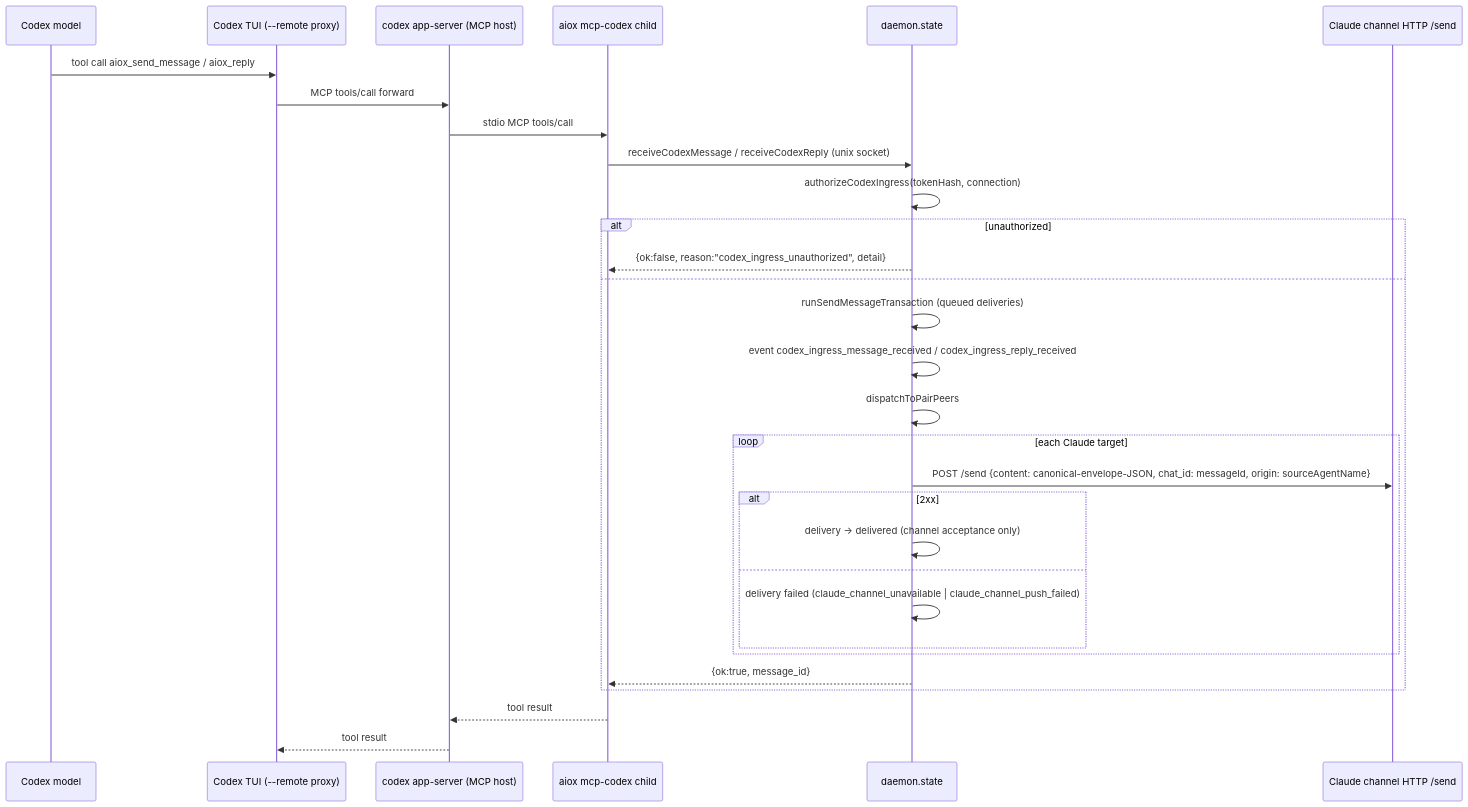
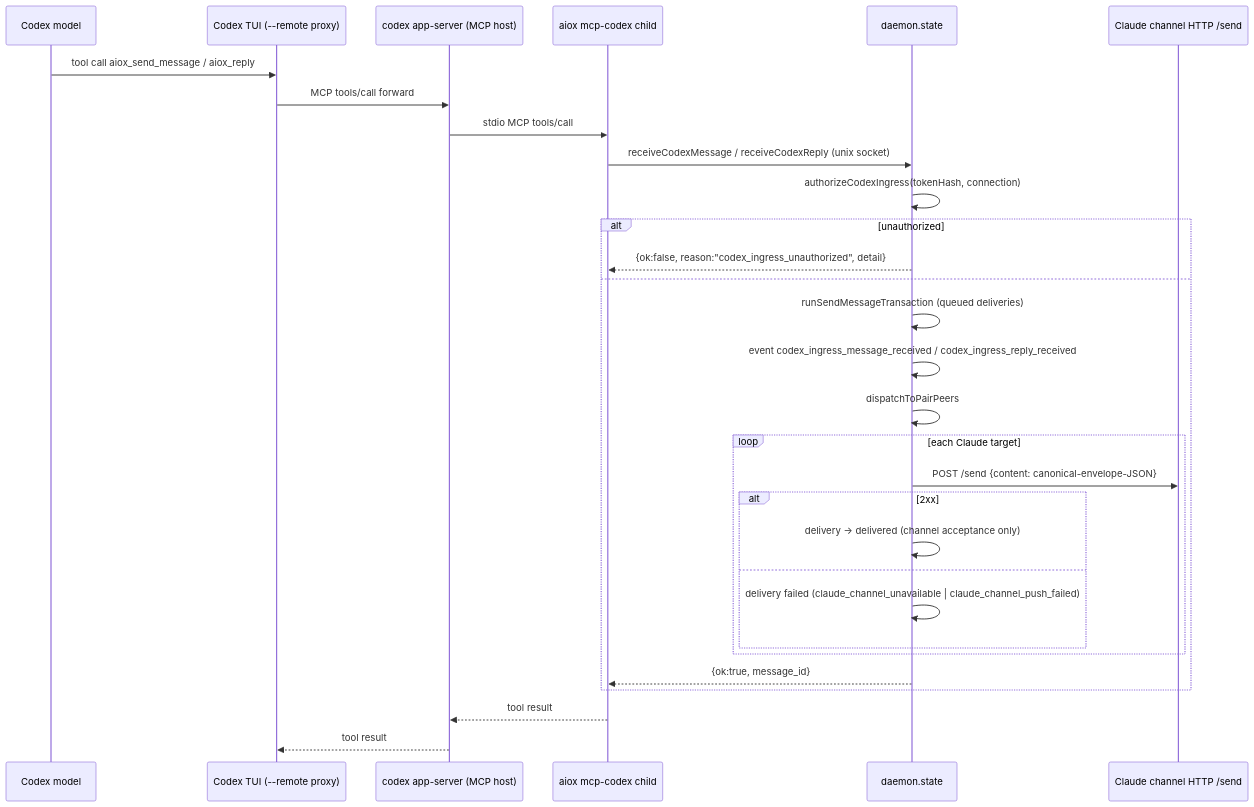
The diagram in docs/architecture/local-runtime-codex-adapter.md (lunaxislu/Aiox), drawn with Mermaid before and after one commit. The commit also changed 52 other files, not shown here.

````diff
--- a/docs/architecture/local-runtime-codex-adapter.md
+++ b/docs/architecture/local-runtime-codex-adapter.md
@@ -313,33 +313,33 @@
 ```mermaid
 sequenceDiagram
   participant Codex as Codex model
   participant TUI as Codex TUI (--remote proxy)
   participant AppSrv as codex app-server (MCP host)
   participant MCP as aiox mcp-codex child
   participant D as daemon.state
   participant ClChan as Claude channel HTTP /send
 
   Codex->>TUI: tool call aiox_send_message / aiox_reply
   TUI->>AppSrv: MCP tools/call forward
   AppSrv->>MCP: stdio MCP tools/call
   MCP->>D: receiveCodexMessage / receiveCodexReply (unix socket)
   D->>D: authorizeCodexIngress(tokenHash, connection)
   alt unauthorized
     D-->>MCP: {ok:false, reason:"codex_ingress_unauthorized", detail}
   else
     D->>D: runSendMessageTransaction (queued deliveries)
     D->>D: event codex_ingress_message_received / codex_ingress_reply_received
     D->>D: dispatchToPairPeers
     loop each Claude target
-      D->>ClChan: POST /send {content: canonical-envelope-JSON, chat_id: messageId, origin: sourceAgentName}
+      D->>ClChan: POST /send {content: canonical-envelope-JSON}
       alt 2xx
         D->>D: delivery → delivered (channel acceptance only)
       else
         D->>D: delivery failed (claude_channel_unavailable | claude_channel_push_failed)
       end
     end
     D-->>MCP: {ok:true, message_id}
   end
   MCP-->>AppSrv: tool result
   AppSrv-->>TUI: tool result
 ```
````
